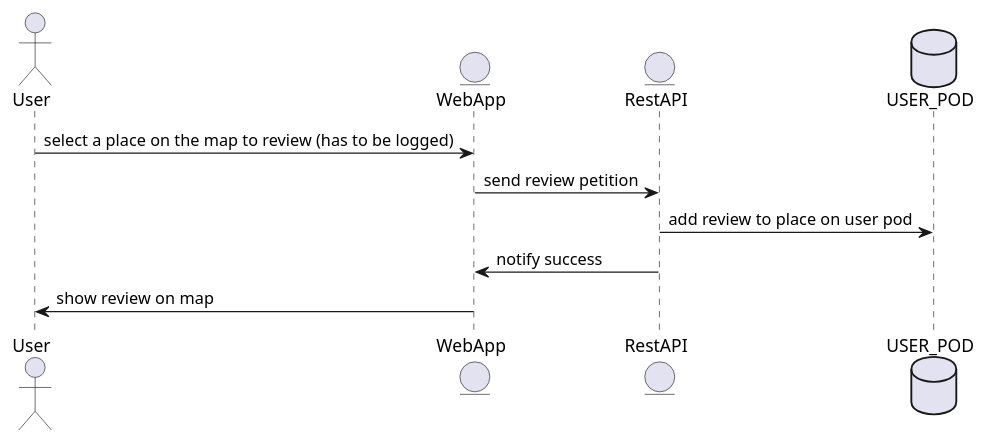
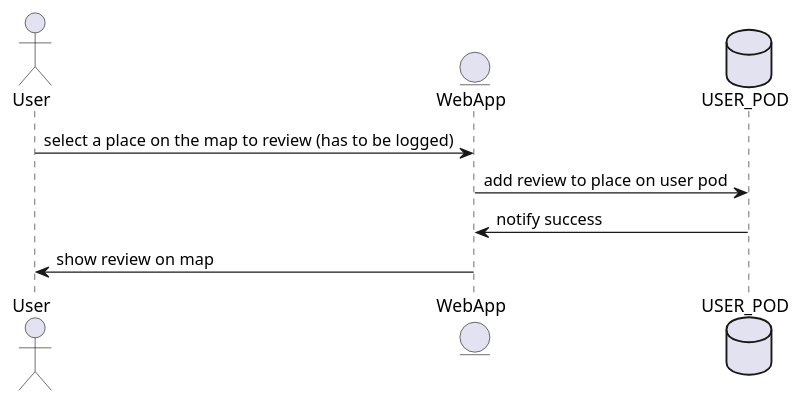
Before and after one commit to Arquisoft/lomap_es5c: the sixth of 7 diagrams in docs/06_runtime_view.adoc, drawn with PlantUML. The commit also changed other lines of this file and 17 other files, not shown here.

```diff
--- a/docs/06_runtime_view.adoc
+++ b/docs/06_runtime_view.adoc
@@ -117,13 +104,11 @@
 [plantuml,"Reviews diagram",png]
 ----
 actor User
 entity EntityWeb as "WebApp"
-entity EntityRest as "RestAPI"
 database Pod as "USER_POD"
 
 User -> EntityWeb: select a place on the map to review (has to be logged)
-EntityWeb -> EntityRest: send review petition
-EntityRest -> Pod: add review to place on user pod
-EntityRest -> EntityWeb: notify success
+EntityWeb -> Pod: add review to place on user pod
+Pod -> EntityWeb: notify success
 EntityWeb -> User: show review on map
 ----
```
